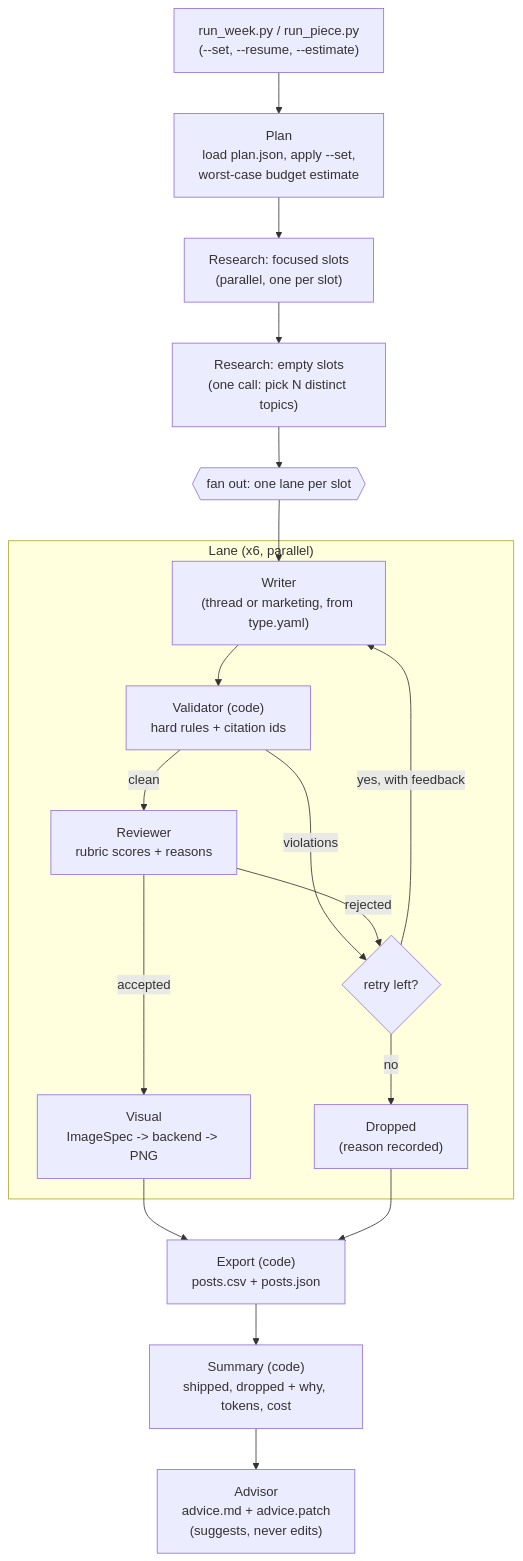
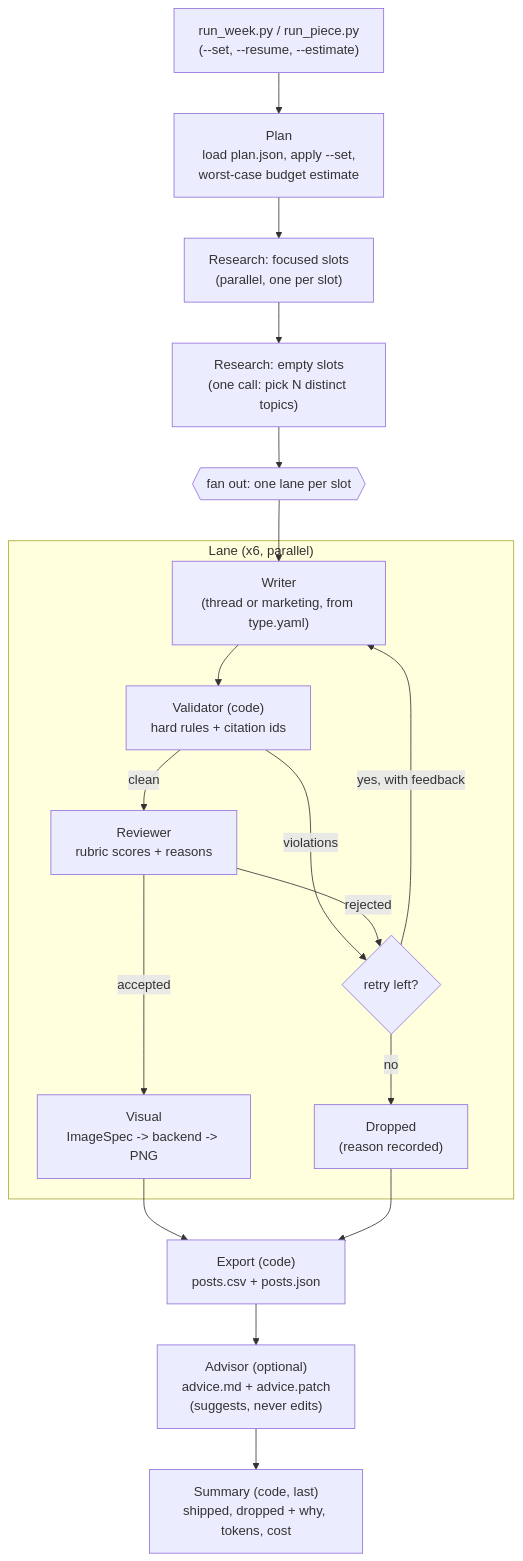
One commit to ahmedelkassrawy/sanadsquad-content-pipeline changed the diagram in DESIGN.md. Above: the diagram before and after it, drawn with Mermaid. The commit also changed other lines of this file, not shown here.

Commit message:
Close second design review: fallback by topic_source, uncertain-charge rule, summary after advisor, 280 cap

````diff
--- a/DESIGN.md
+++ b/DESIGN.md
@@ -13,23 +13,23 @@
 ```mermaid
 flowchart TD
     CLI["run_week.py / run_piece.py<br/>(--set, --resume, --estimate)"] --> PLAN["Plan<br/>load plan.json, apply --set,<br/>worst-case budget estimate"]
     PLAN --> RF["Research: focused slots<br/>(parallel, one per slot)"]
     RF --> RE["Research: empty slots<br/>(one call: pick N distinct topics)"]
     RE --> FAN{{"fan out: one lane per slot"}}
 
     subgraph LANE["Lane (x6, parallel)"]
         W["Writer<br/>(thread or marketing, from type.yaml)"] --> V["Validator (code)<br/>hard rules + citation ids"]
         V -->|violations| R1{"retry left?"}
         V -->|clean| REV["Reviewer<br/>rubric scores + reasons"]
         REV -->|rejected| R1
         R1 -->|yes, with feedback| W
         R1 -->|no| DROP["Dropped<br/>(reason recorded)"]
         REV -->|accepted| VIS["Visual<br/>ImageSpec -> backend -> PNG"]
     end
 
     FAN --> W
     VIS --> EXP["Export (code)<br/>posts.csv + posts.json"]
     DROP --> EXP
-    EXP --> SUM["Summary (code)<br/>shipped, dropped + why, tokens, cost"]
-    SUM --> ADV["Advisor<br/>advice.md + advice.patch<br/>(suggests, never edits)"]
+    EXP --> ADV["Advisor (optional)<br/>advice.md + advice.patch<br/>(suggests, never edits)"]
+    ADV --> SUM["Summary (code, last)<br/>shipped, dropped + why, tokens, cost"]
 ```
````
